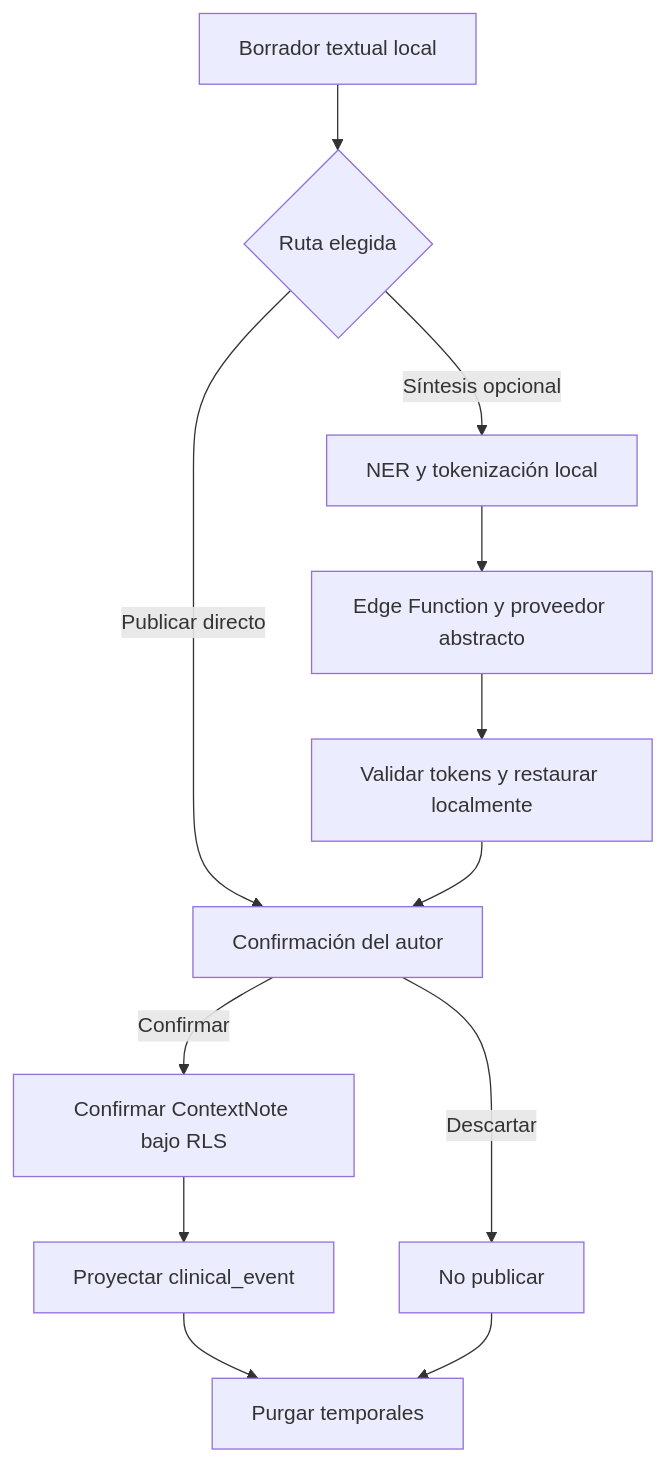
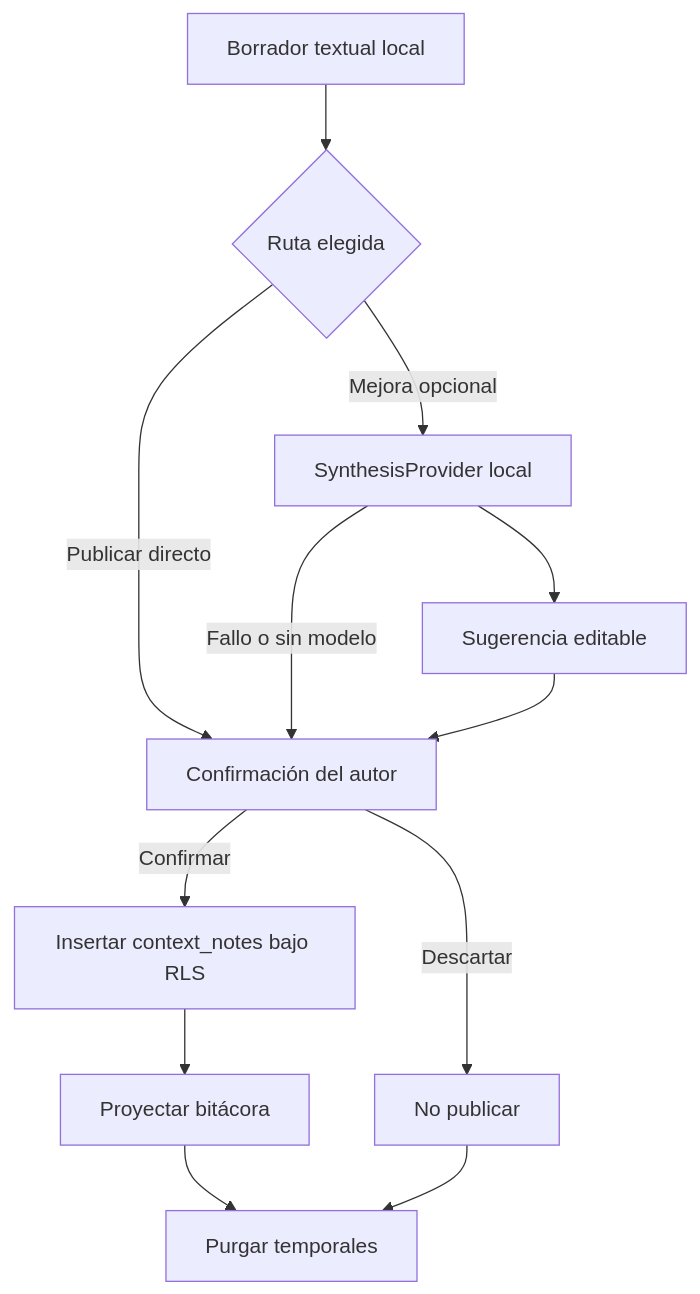
Before and after one commit to panxoyk/carer-record-app: the diagram in docs/foundation/flows/text-note.md, drawn with Mermaid. The commit also changed other lines of this file and 17 other files, not shown here.

````diff
--- a/docs/foundation/flows/text-note.md
+++ b/docs/foundation/flows/text-note.md
@@ -50,14 +47,14 @@
 ```mermaid
 flowchart TD
   A["Borrador textual local"] --> B{"Ruta elegida"}
   B -->|"Publicar directo"| C["Confirmación del autor"]
-  B -->|"Síntesis opcional"| D["NER y tokenización local"]
-  D --> E["Edge Function y proveedor abstracto"]
-  E --> F["Validar tokens y restaurar localmente"]
-  F --> C
-  C -->|"Confirmar"| G["Confirmar ContextNote bajo RLS"]
+  B -->|"Mejora opcional"| D["SynthesisProvider local"]
+  D -->|"Fallo o sin modelo"| C
+  D --> E["Sugerencia editable"]
+  E --> C
+  C -->|"Confirmar"| G["Insertar context_notes bajo RLS"]
   C -->|"Descartar"| H["No publicar"]
-  G --> P["Proyectar clinical_event"]
+  G --> P["Proyectar bitácora"]
   P --> I["Purgar temporales"]
   H --> I
 ```
````
